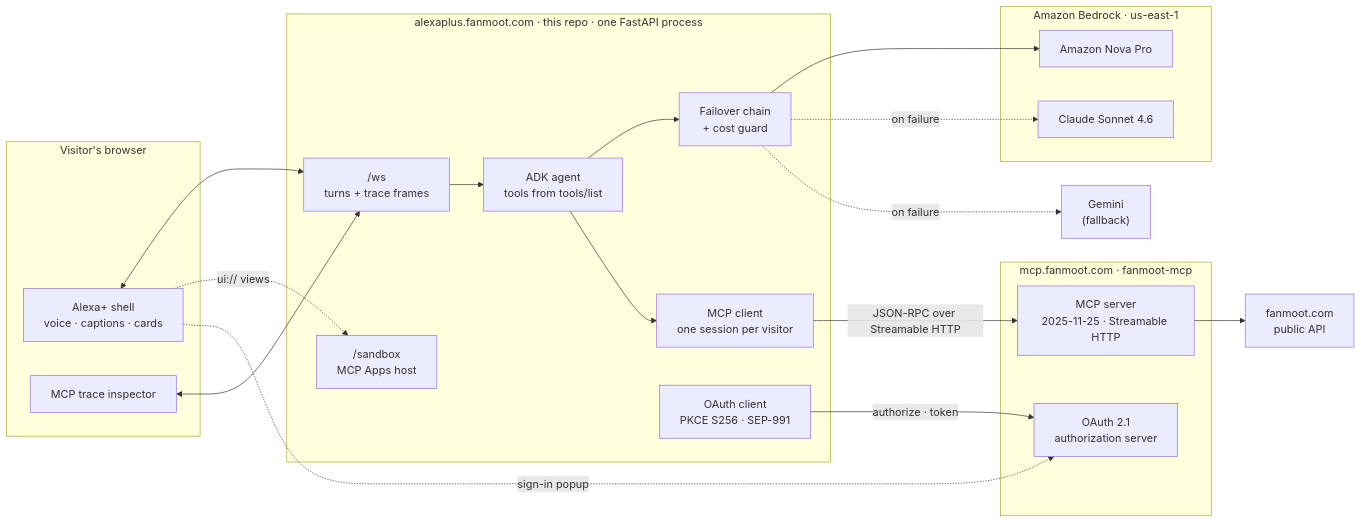
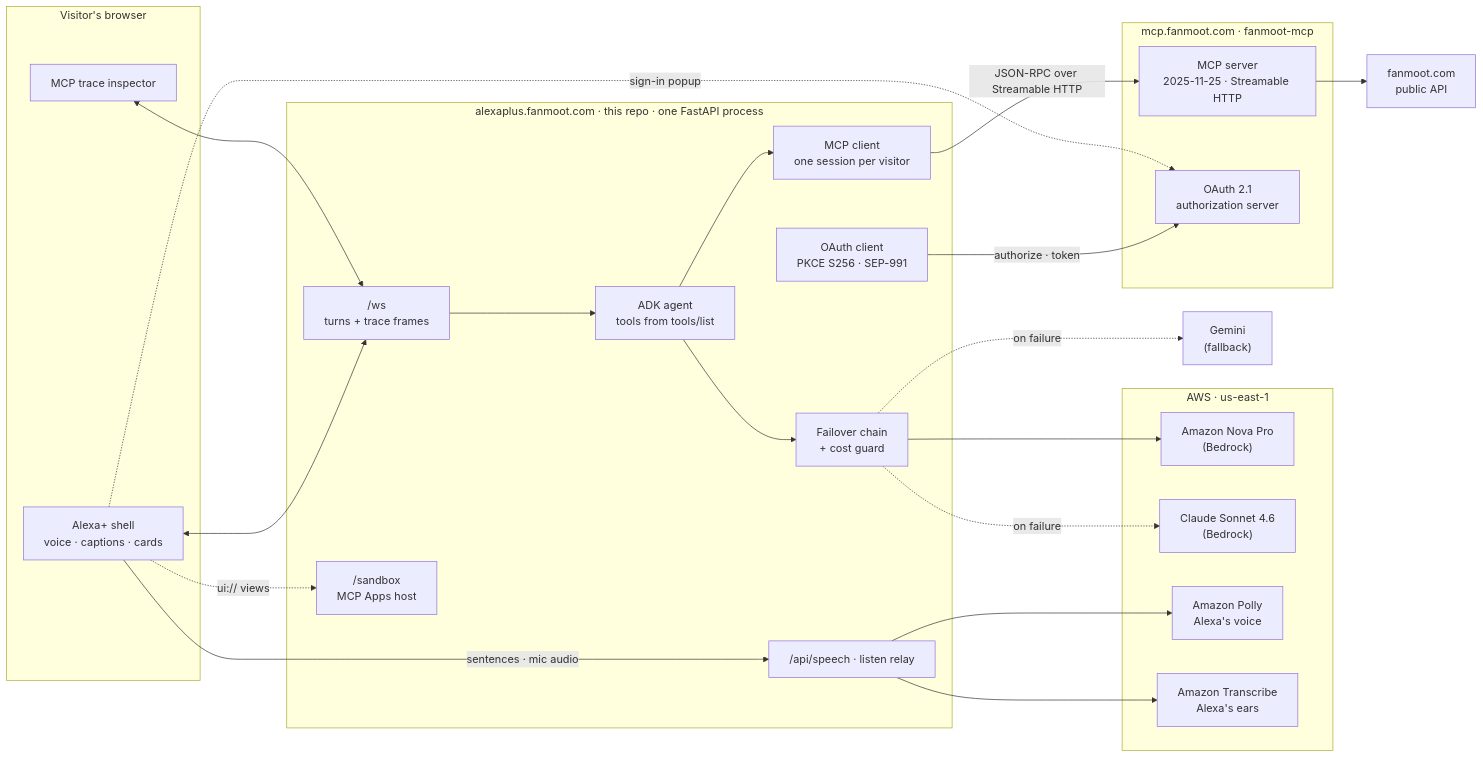
One commit to iyinusa/fanmoot-alexa-plus-demo changed the diagram in README.md. Above: the diagram before and after it, drawn with Mermaid. The commit also changed other lines of this file and 48 other files, not shown here.

````diff
--- a/README.md
+++ b/README.md
@@ -46,42 +46,48 @@
 ```mermaid
 flowchart LR
     subgraph Browser["Visitor's browser"]
         UI["Alexa+ shell<br/>voice · captions · cards"]
         Trace["MCP trace inspector"]
     end
 
     subgraph Demo["alexaplus.fanmoot.com · this repo · one FastAPI process"]
         WS["/ws<br/>turns + trace frames"]
         Agent["ADK agent<br/>tools from tools/list"]
         Chain["Failover chain<br/>+ cost guard"]
         Client["MCP client<br/>one session per visitor"]
         OAuthC["OAuth client<br/>PKCE S256 · SEP-991"]
         Sandbox["/sandbox<br/>MCP Apps host"]
+        Voice["/api/speech · listen relay"]
     end
 
-    subgraph AWS["Amazon Bedrock · us-east-1"]
-        Nova["Amazon Nova Pro"]
-        Claude["Claude Sonnet 4.6"]
+    subgraph AWS["AWS · us-east-1"]
+        Nova["Amazon Nova Pro<br/>(Bedrock)"]
+        Claude["Claude Sonnet 4.6<br/>(Bedrock)"]
+        Polly["Amazon Polly<br/>Alexa's voice"]
+        Transcribe["Amazon Transcribe<br/>Alexa's ears"]
     end
     Gemini["Gemini<br/>(fallback)"]
 
     subgraph MCP["mcp.fanmoot.com · fanmoot-mcp"]
         Server["MCP server<br/>2025-11-25 · Streamable HTTP"]
         AS["OAuth 2.1<br/>authorization server"]
     end
     Fanmoot["fanmoot.com<br/>public API"]
 
     UI <--> WS
     Trace <--> WS
+    UI -- "sentences · mic audio" --> Voice
+    Voice --> Polly
+    Voice --> Transcribe
     UI -. "ui:// views" .-> Sandbox
     WS --> Agent
     Agent --> Chain
     Chain --> Nova
     Chain -. "on failure" .-> Claude
     Chain -. "on failure" .-> Gemini
     Agent --> Client
     Client -- "JSON-RPC over Streamable HTTP" --> Server
     OAuthC -- "authorize · token" --> AS
     UI -. "sign-in popup" .-> AS
     Server --> Fanmoot
 ```
````
